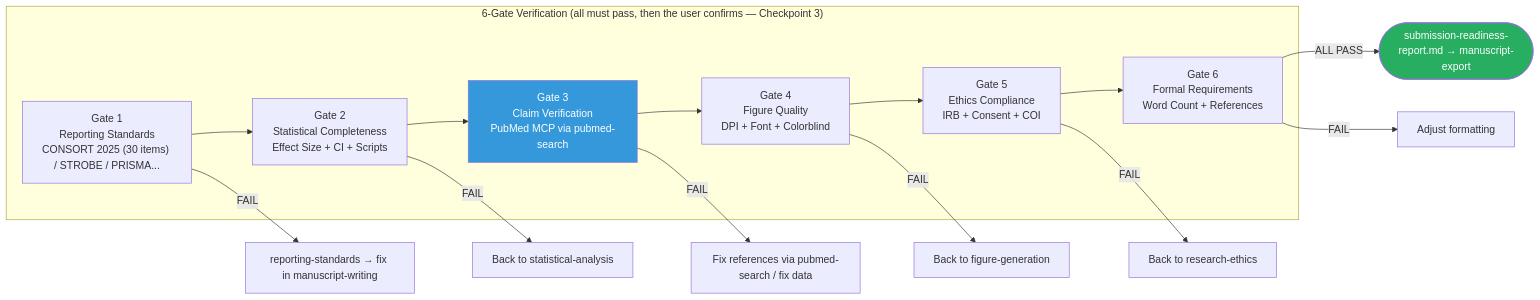
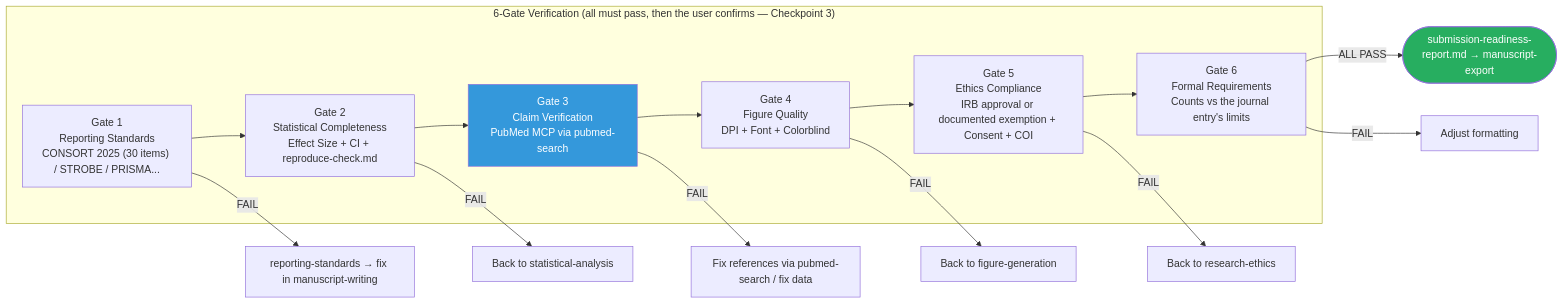
Before and after one commit to Stefansong/med-research-powers: the second of 8 diagrams in docs/architecture.md, drawn with Mermaid. The commit also changed other lines of this file and 4 other files, not shown here.

First line of the commit message:
docs: README, README_CN, user manual and architecture match the current behaviour and counts

````diff
--- a/docs/architecture.md
+++ b/docs/architecture.md
@@ -97,23 +97,23 @@
 ```mermaid
 flowchart LR
     subgraph GATE["6-Gate Verification (all must pass, then the user confirms — Checkpoint 3)"]
         G1["Gate 1<br/>Reporting Standards<br/>CONSORT 2025 (30 items) / STROBE / PRISMA..."]
-        G2[Gate 2<br/>Statistical Completeness<br/>Effect Size + CI + Scripts]
+        G2[Gate 2<br/>Statistical Completeness<br/>Effect Size + CI + reproduce-check.md]
         G3[Gate 3<br/>Claim Verification<br/>PubMed MCP via pubmed-search]
         G4[Gate 4<br/>Figure Quality<br/>DPI + Font + Colorblind]
-        G5[Gate 5<br/>Ethics Compliance<br/>IRB + Consent + COI]
-        G6[Gate 6<br/>Formal Requirements<br/>Word Count + References]
+        G5[Gate 5<br/>Ethics Compliance<br/>IRB approval or documented exemption + Consent + COI]
+        G6["Gate 6<br/>Formal Requirements<br/>Counts vs the journal entry's limits"]
     end
 
     G1 --> G2 --> G3 --> G4 --> G5 --> G6
     G6 -->|ALL PASS| READY([submission-readiness-report.md → manuscript-export])
     G1 -->|FAIL| FIX1[reporting-standards → fix in manuscript-writing]
     G2 -->|FAIL| FIX2[Back to statistical-analysis]
     G3 -->|FAIL| FIX3[Fix references via pubmed-search / fix data]
     G4 -->|FAIL| FIX4[Back to figure-generation]
     G5 -->|FAIL| FIX5[Back to research-ethics]
     G6 -->|FAIL| FIX6[Adjust formatting]
 
     style READY fill:#27ae60,color:#fff
     style G3 fill:#3498db,color:#fff
 ```
````
